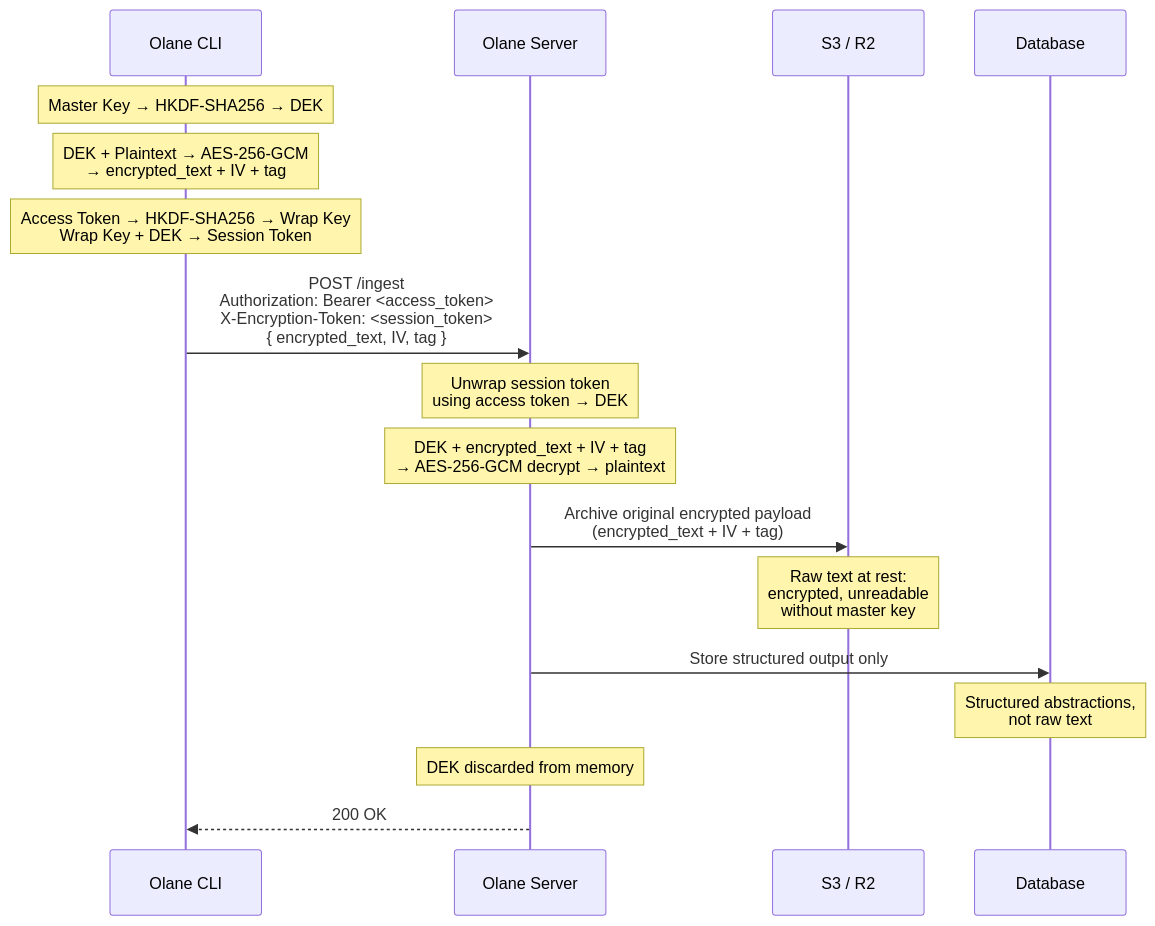
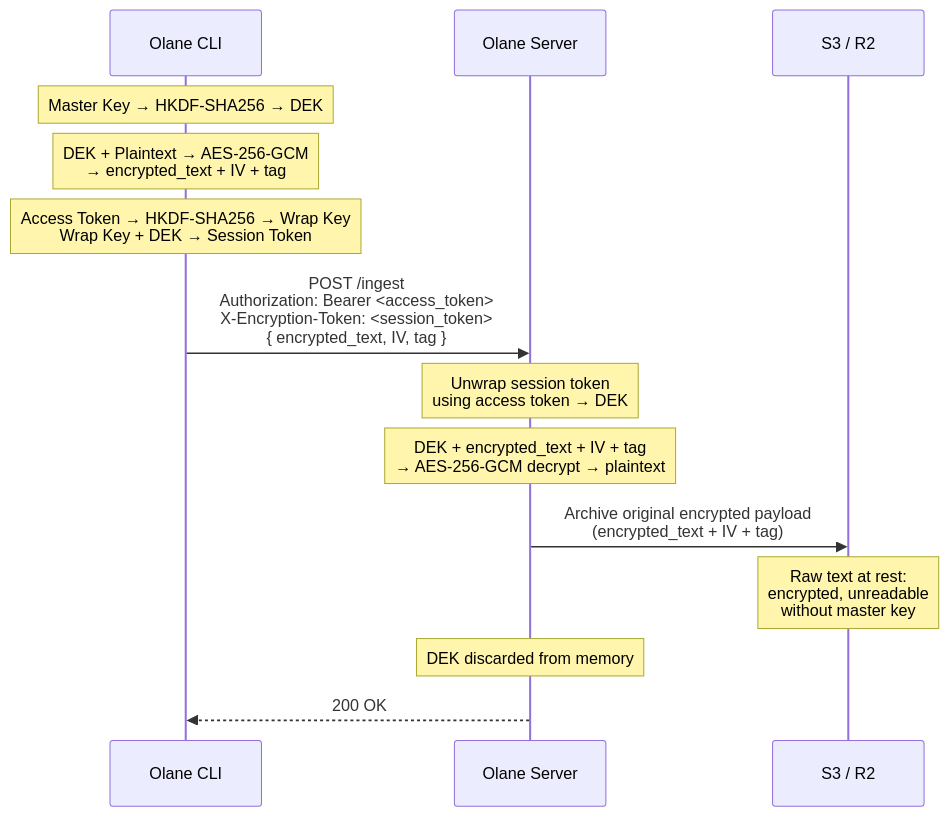
Before and after one commit to olane-labs/docs: the diagram in indexing.mdx, drawn with Mermaid. The commit also changed other lines of this file, not shown here.

````diff
--- a/indexing.mdx
+++ b/indexing.mdx
@@ -109,26 +109,22 @@
 ```mermaid
 sequenceDiagram
     participant User as Olane CLI
     participant Server as Olane Server
     participant S3 as S3 / R2
-    participant DB as Database
 
     Note over User: Master Key → HKDF-SHA256 → DEK
     Note over User: DEK + Plaintext → AES-256-GCM<br/>→ encrypted_text + IV + tag
     Note over User: Access Token → HKDF-SHA256 → Wrap Key<br/>Wrap Key + DEK → Session Token
 
     User->>Server: POST /ingest<br/>Authorization: Bearer <access_token><br/>X-Encryption-Token: <session_token><br/>{ encrypted_text, IV, tag }
 
     Note over Server: Unwrap session token<br/>using access token → DEK
     Note over Server: DEK + encrypted_text + IV + tag<br/>→ AES-256-GCM decrypt → plaintext
 
     Server->>S3: Archive original encrypted payload<br/>(encrypted_text + IV + tag)
     Note over S3: Raw text at rest:<br/>encrypted, unreadable<br/>without master key
 
-    Server->>DB: Store structured output only
-    Note over DB: Structured abstractions,<br/>not raw text
-
     Note over Server: DEK discarded from memory
 
     Server-->>User: 200 OK
 ```
````
